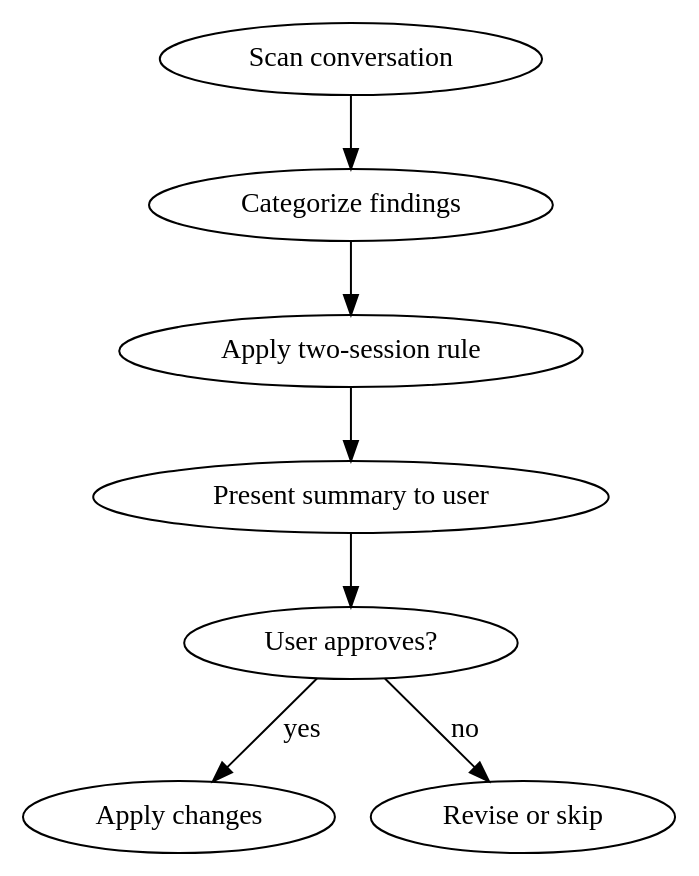
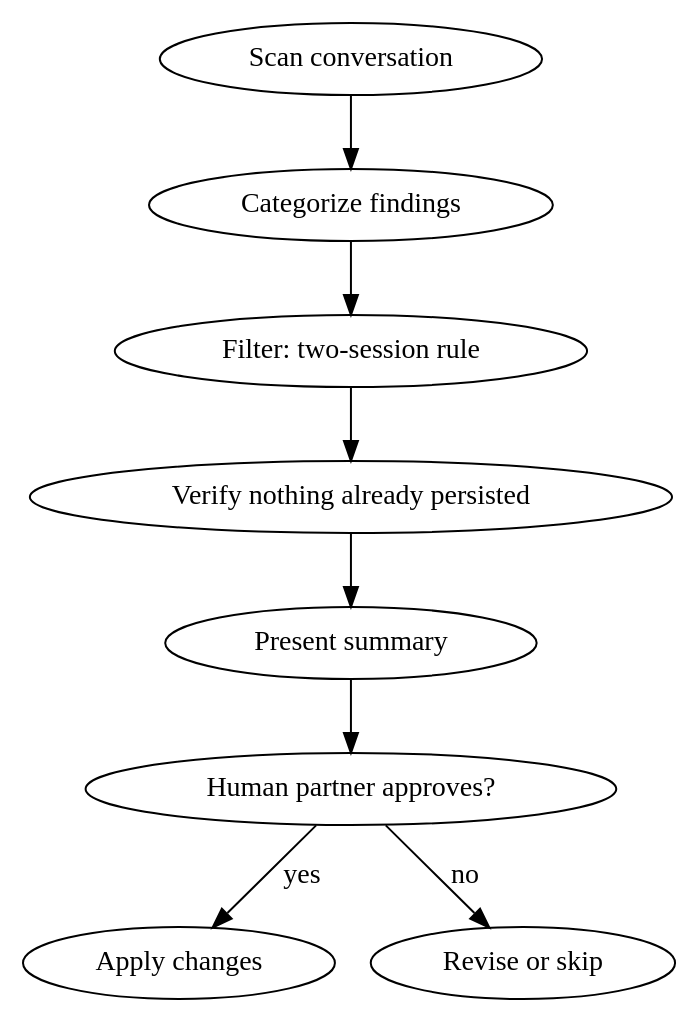
Before and after one commit to obra/superpowers: the diagram in skills/retrospective/SKILL.md, drawn with Graphviz. The commit also changed other lines of this file, not shown here.

````diff
--- a/skills/retrospective/SKILL.md
+++ b/skills/retrospective/SKILL.md
@@ -29,11 +23,12 @@
 ```dot
 digraph retrospective {
   rankdir=TB;
   "Scan conversation" -> "Categorize findings";
-  "Categorize findings" -> "Apply two-session rule";
-  "Apply two-session rule" -> "Present summary to user";
-  "Present summary to user" -> "User approves?";
-  "User approves?" -> "Apply changes" [label="yes"];
-  "User approves?" -> "Revise or skip" [label="no"];
+  "Categorize findings" -> "Filter: two-session rule";
+  "Filter: two-session rule" -> "Verify nothing already persisted";
+  "Verify nothing already persisted" -> "Present summary";
+  "Present summary" -> "Human partner approves?";
+  "Human partner approves?" -> "Apply changes" [label="yes"];
+  "Human partner approves?" -> "Revise or skip" [label="no"];
 }
 ```
````
